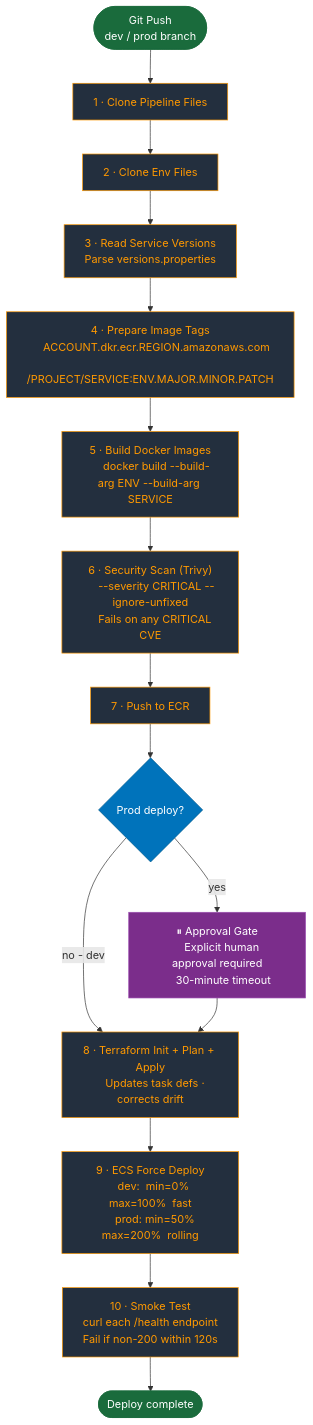
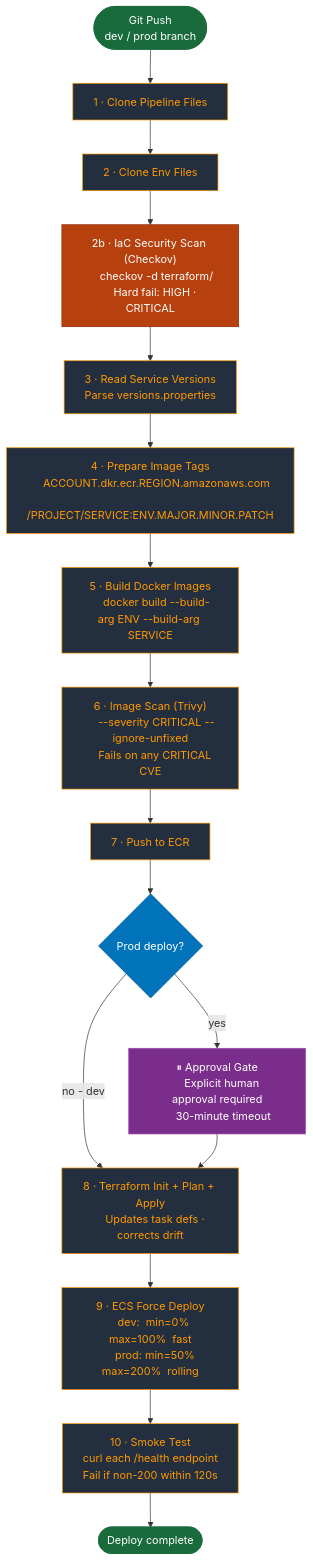
One commit to conquista41/system-design changed the second of 2 diagrams in ecs-cicd-platform/README.md. Above: the diagram before and after it, drawn with Mermaid. The commit also changed 1 other file, not shown here.

Commit message:
Add Checkov IaC scan step to pipeline diagrams
- architecture/cicd-pipeline.md: inserted stage 2b between Clone Env
  Files and Read Service Versions; distinct rust/orange color to
  differentiate IaC scan from container scan (Trivy); updated stage
  breakdown table with Checkov row; updated intro from 10 to 11 stages
- ecs-cicd-platform/README.md: same node added to the embedded CI/CD
  diagram; Trivy stage renamed to "Image Scan" to distinguish the two
  security scan types visually

````diff
--- a/ecs-cicd-platform/README.md
+++ b/ecs-cicd-platform/README.md
@@ -159,49 +159,54 @@
 ```mermaid
 flowchart TD
     Push(["Git Push
     dev / prod branch"])
 
     Push --> S1["1 · Clone Pipeline Files"]
     S1 --> S2["2 · Clone Env Files"]
-    S2 --> S3["3 · Read Service Versions
+    S2 --> S2b["2b · IaC Security Scan (Checkov)
+    checkov -d terraform/
+    Hard fail: HIGH · CRITICAL"]
+    S2b --> S3["3 · Read Service Versions
     Parse versions.properties"]
     S3 --> S4["4 · Prepare Image Tags
     ACCOUNT.dkr.ecr.REGION.amazonaws.com
     /PROJECT/SERVICE:ENV.MAJOR.MINOR.PATCH"]
     S4 --> S5["5 · Build Docker Images
     docker build --build-arg ENV --build-arg SERVICE"]
-    S5 --> S6["6 · Security Scan (Trivy)
+    S5 --> S6["6 · Image Scan (Trivy)
     --severity CRITICAL --ignore-unfixed
     Fails on any CRITICAL CVE"]
     S6 --> S7["7 · Push to ECR"]
 
     S7 --> Gate{"Prod deploy?"}
 
     Gate -->|yes| Approval["⏸ Approval Gate
     Explicit human approval required
     30-minute timeout"]
 
     Gate -->|no - dev| S8
 
     Approval --> S8
 
     S8["8 · Terraform Init + Plan + Apply
     Updates task defs · corrects drift"]
     S8 --> S9["9 · ECS Force Deploy
     dev:  min=0%  max=100%  fast
     prod: min=50% max=200%  rolling"]
     S9 --> S10["10 · Smoke Test
     curl each /health endpoint
     Fail if non-200 within 120s"]
     S10 --> Done(["Deploy complete"])
 
     classDef stage    fill:#232F3E,color:#FF9900,stroke:#FF9900
+    classDef iac      fill:#B7410E,color:#fff,stroke:#8B2500
     classDef gate     fill:#7B2D8B,color:#fff,stroke:#9B4DB0
     classDef terminal fill:#1A6B3C,color:#fff,stroke:#1A6B3C
     classDef decision fill:#0073BB,color:#fff,stroke:#005A8E
 
     class S1,S2,S3,S4,S5,S6,S7,S8,S9,S10 stage
+    class S2b iac
     class Approval gate
     class Push,Done terminal
     class Gate decision
 ```
````
